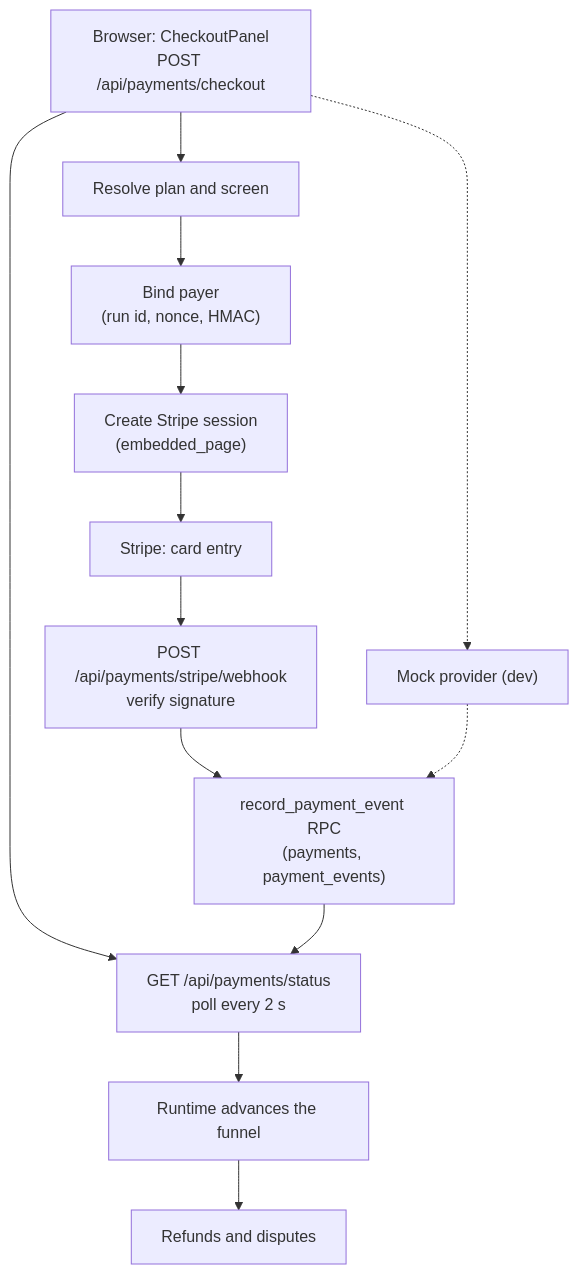
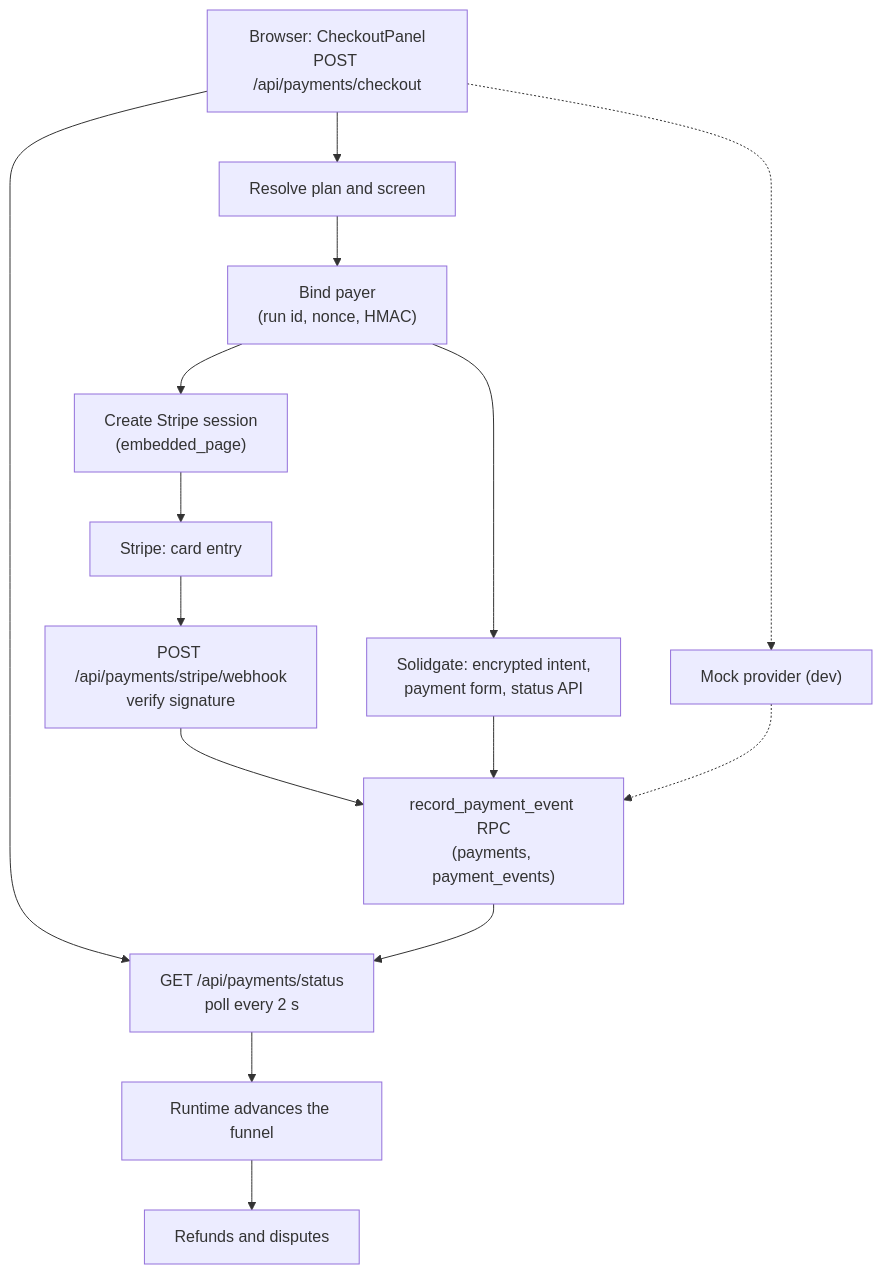
The first of 2 diagrams in docs/features/30-checkout.md (arturklimovich-eng/vibefunel), drawn with Mermaid before and after one commit. The commit also changed other lines of this file and 25 other files, not shown here.

First line of the commit message:
Solidgate payments: encrypted form intent, status API confirmation, signed webhooks

````diff
--- a/docs/features/30-checkout.md
+++ b/docs/features/30-checkout.md
@@ -11,26 +11,29 @@
 ```mermaid
 flowchart TD
   A["Browser: CheckoutPanel<br/>POST /api/payments/checkout"] --> B["Resolve plan and screen"]
   B --> C["Bind payer<br/>(run id, nonce, HMAC)"]
   C --> D["Create Stripe session<br/>(embedded_page)"]
   D --> E["Stripe: card entry"]
   E --> F["POST /api/payments/stripe/webhook<br/>verify signature"]
   F --> G["record_payment_event RPC<br/>(payments, payment_events)"]
   A --> H["GET /api/payments/status<br/>poll every 2 s"]
   G --> H
   H --> I["Runtime advances the funnel"]
+  C --> S["Solidgate: encrypted intent,<br/>payment form, status API"]
+  S --> G
   A -.-> M["Mock provider (dev)"]
   M -.-> G
   I --> R["Refunds and disputes"]
 
   click A "#step-start-checkout"
   click B "#step-resolve-plan"
   click C "#step-bind-payer"
   click D "#step-create-stripe-session"
   click F "#step-verify-webhook"
   click G "#step-record-payment"
   click H "#step-poll-status"
   click I "#step-advance-funnel"
+  click S "#step-solidgate"
   click M "#step-mock-provider"
   click R "./40-refunds-disputes.md"
 ```
````
